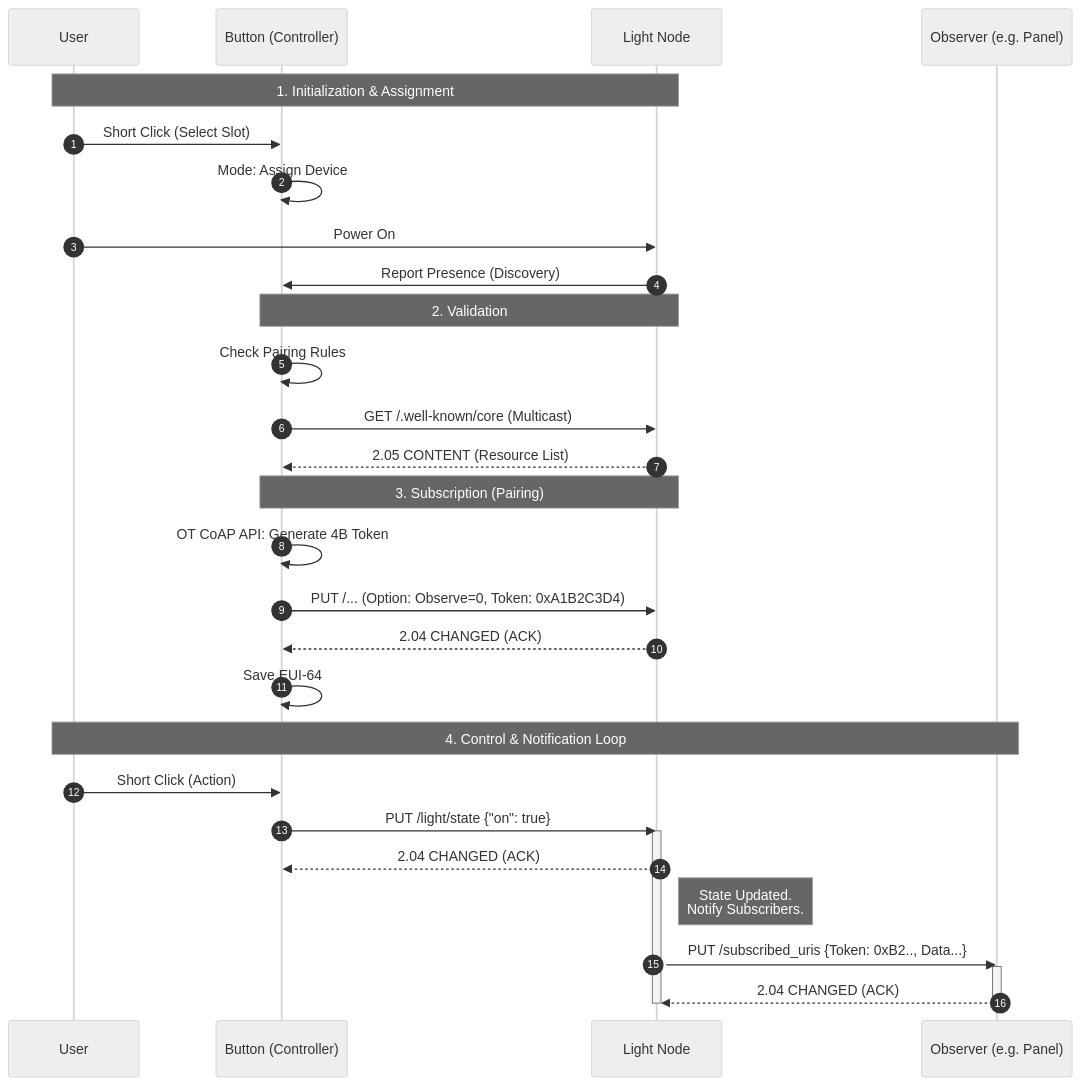
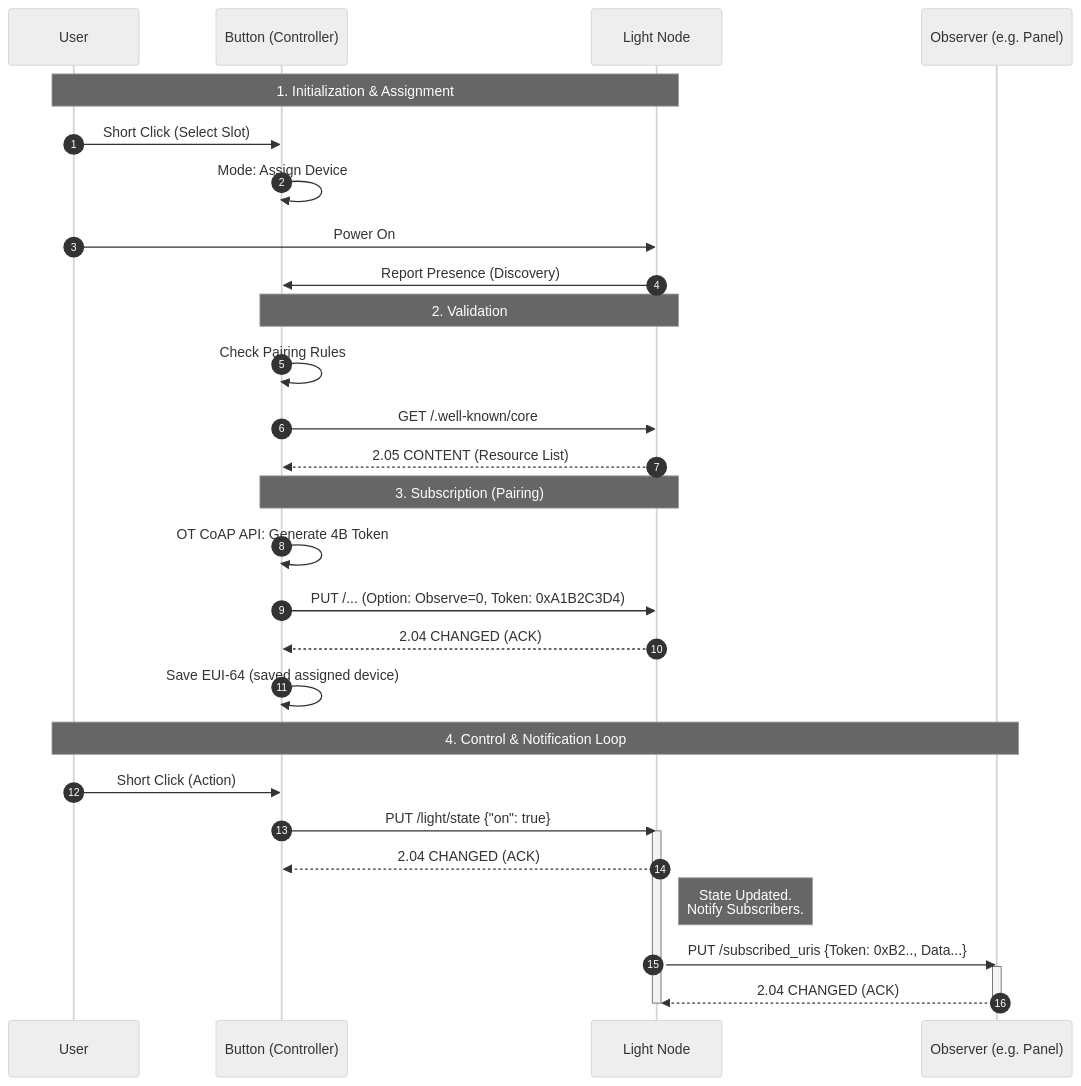
One commit to HareoPL/ot_app changed the first of 2 diagrams in README.md. Above: the diagram before and after it, drawn with Mermaid (neutral theme). The commit also changed other lines of this file and 28 other files, not shown here.

````diff
--- a/README.md
+++ b/README.md
@@ -81,39 +81,39 @@
 ```mermaid
 sequenceDiagram
     autonumber
     participant User
     participant Btn as Button (Controller)
     participant Light as Light Node
     participant Obs as Observer (e.g. Panel)
     
     Note over User, Light: 1. Initialization & Assignment
     User->>Btn: Short Click (Select Slot)
     Btn->>Btn: Mode: Assign Device
     User->>Light: Power On
     Light->>Btn: Report Presence (Discovery)
     
     Note over Btn, Light: 2. Validation
     Btn->>Btn: Check Pairing Rules
-    Btn->>Light: GET /.well-known/core (Multicast)
+    Btn->>Light: GET /.well-known/core
     Light-->>Btn: 2.05 CONTENT (Resource List)
     
     Note over Btn, Light: 3. Subscription (Pairing)
     Btn->>Btn: OT CoAP API: Generate 4B Token
     Btn->>Light: PUT /... (Option: Observe=0, Token: 0xA1B2C3D4)
     Light-->>Btn: 2.04 CHANGED (ACK)
-    Btn->>Btn: Save EUI-64 
+    Btn->>Btn: Save EUI-64 (saved assigned device)
     
     Note over User, Obs: 4. Control & Notification Loop
     User->>Btn: Short Click (Action)
     Btn->>Light: PUT /light/state {"on": true}
     activate Light
     Light-->>Btn: 2.04 CHANGED (ACK)
     
     Note right of Light: State Updated.<br/>Notify Subscribers.
     
     Light->>Obs: PUT /subscribed_uris {Token: 0xB2.., Data...}
     activate Obs
     Obs-->>Light: 2.04 CHANGED (ACK)
     deactivate Obs
     deactivate Light
 ```
````
